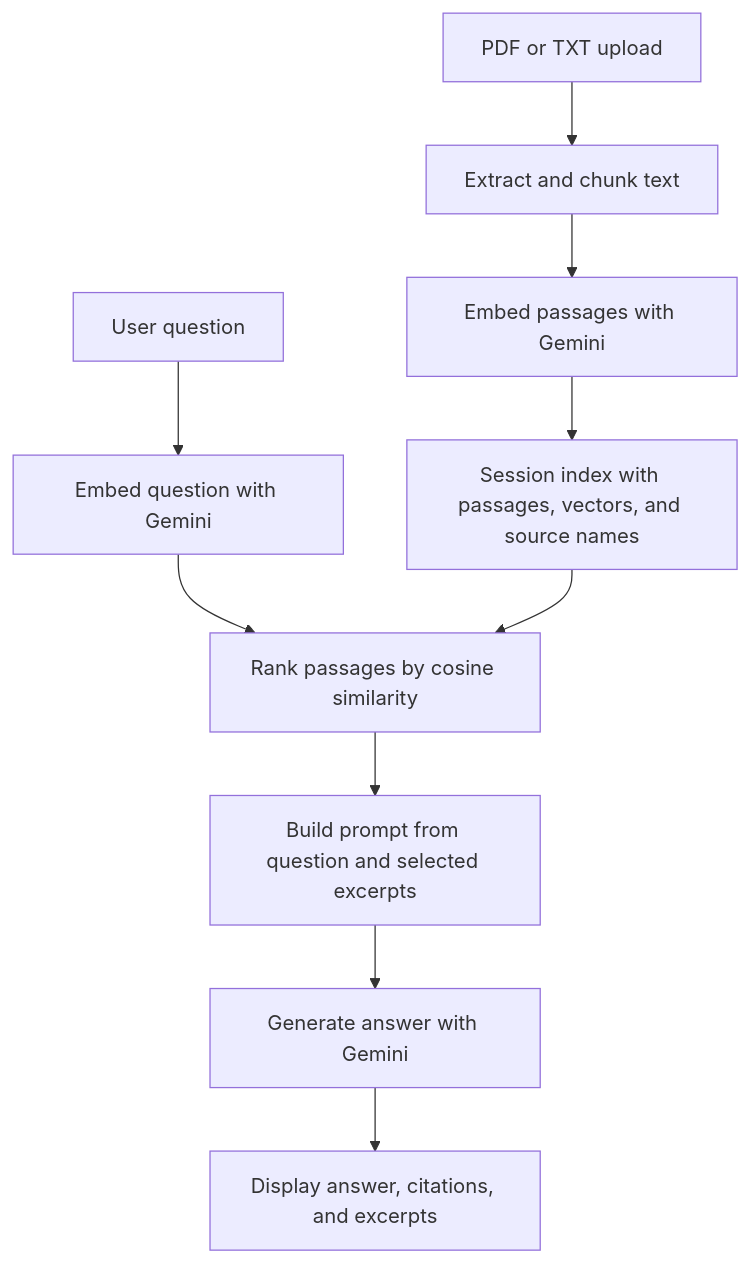
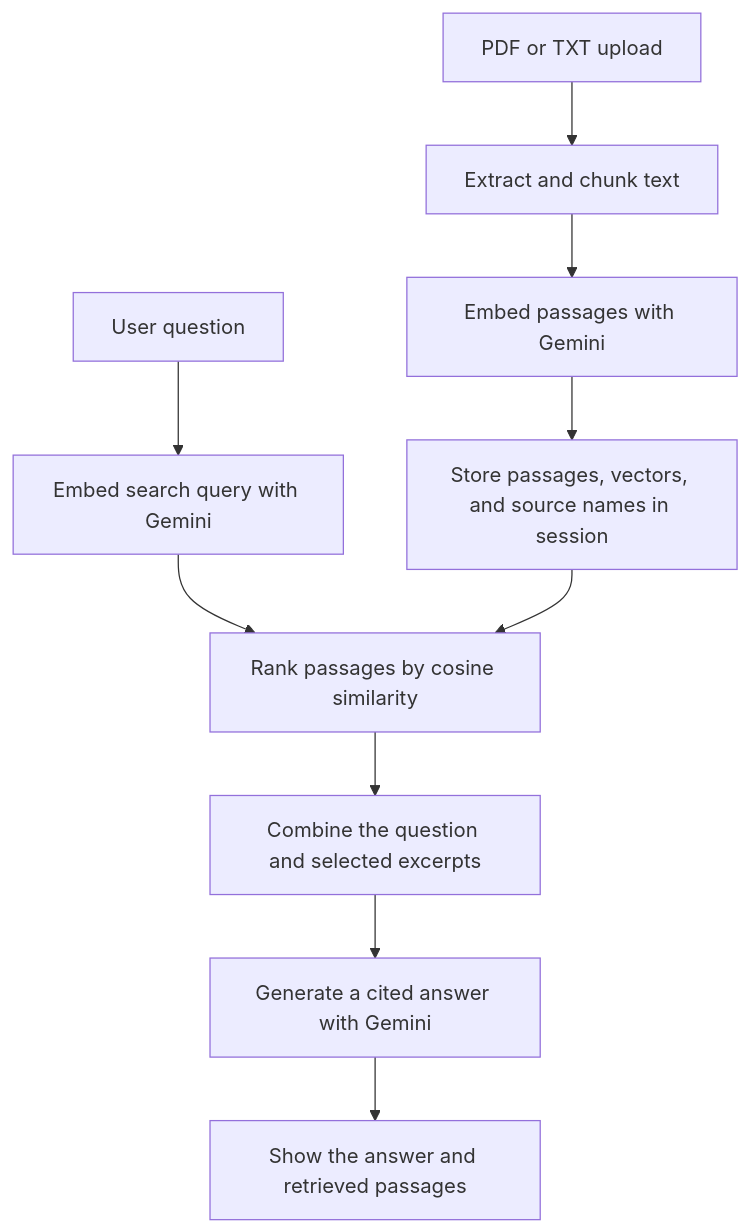
The diagram in README.md (mereymouafi/Document-Q-A-Assistant), drawn with Mermaid before and after one commit. The commit also changed other lines of this file, not shown here.

````diff
--- a/README.md
+++ b/README.md
@@ -27,12 +26,12 @@
 ```mermaid
 flowchart TD
-    A["PDF or TXT upload"] --> B["Extract and chunk text"]
-    B --> C["Embed passages with Gemini"]
-    C --> D["Session index with passages, vectors, and source names"]
-    E["User question"] --> F["Embed question with Gemini"]
-    F --> G["Rank passages by cosine similarity"]
-    D --> G
-    G --> H["Build prompt from question and selected excerpts"]
-    H --> I["Generate answer with Gemini"]
-    I --> J["Display answer, citations, and excerpts"]
+    Upload["PDF or TXT upload"] --> Extract["Extract and chunk text"]
+    Extract --> Embed["Embed passages with Gemini"]
+    Embed --> Index["Store passages, vectors, and source names in session"]
+    Question["User question"] --> Query["Embed search query with Gemini"]
+    Query --> Rank["Rank passages by cosine similarity"]
+    Index --> Rank
+    Rank --> Prompt["Combine the question and selected excerpts"]
+    Prompt --> Generate["Generate a cited answer with Gemini"]
+    Generate --> Display["Show the answer and retrieved passages"]
 ```
````
